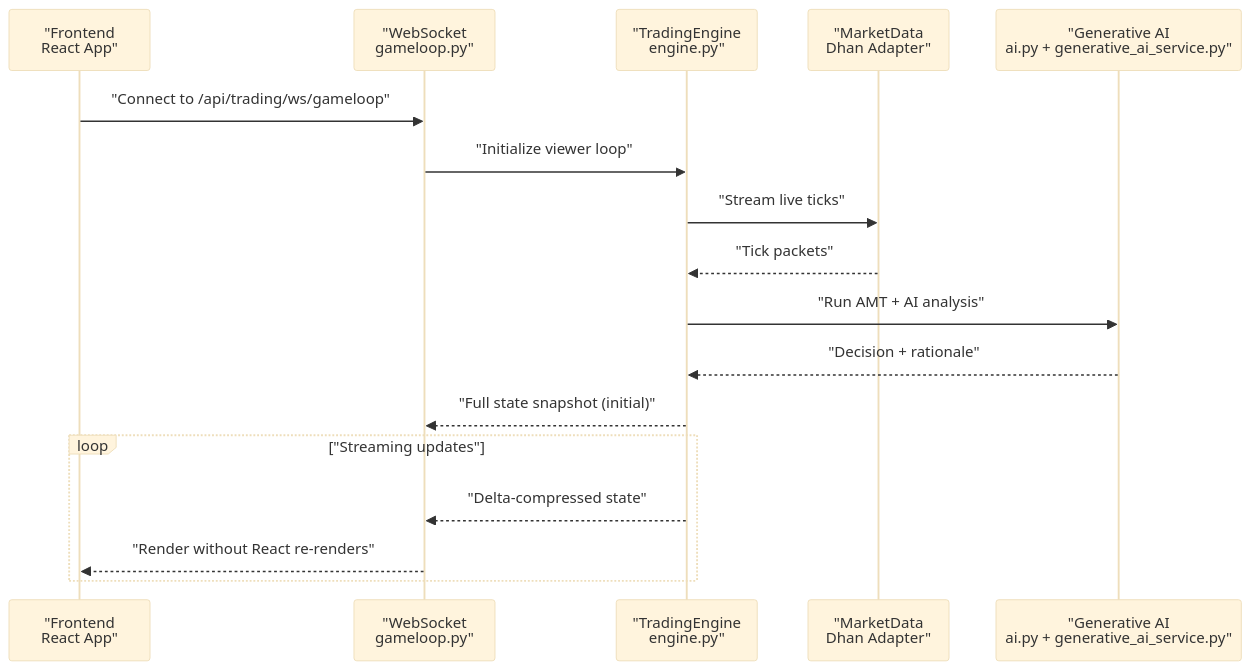
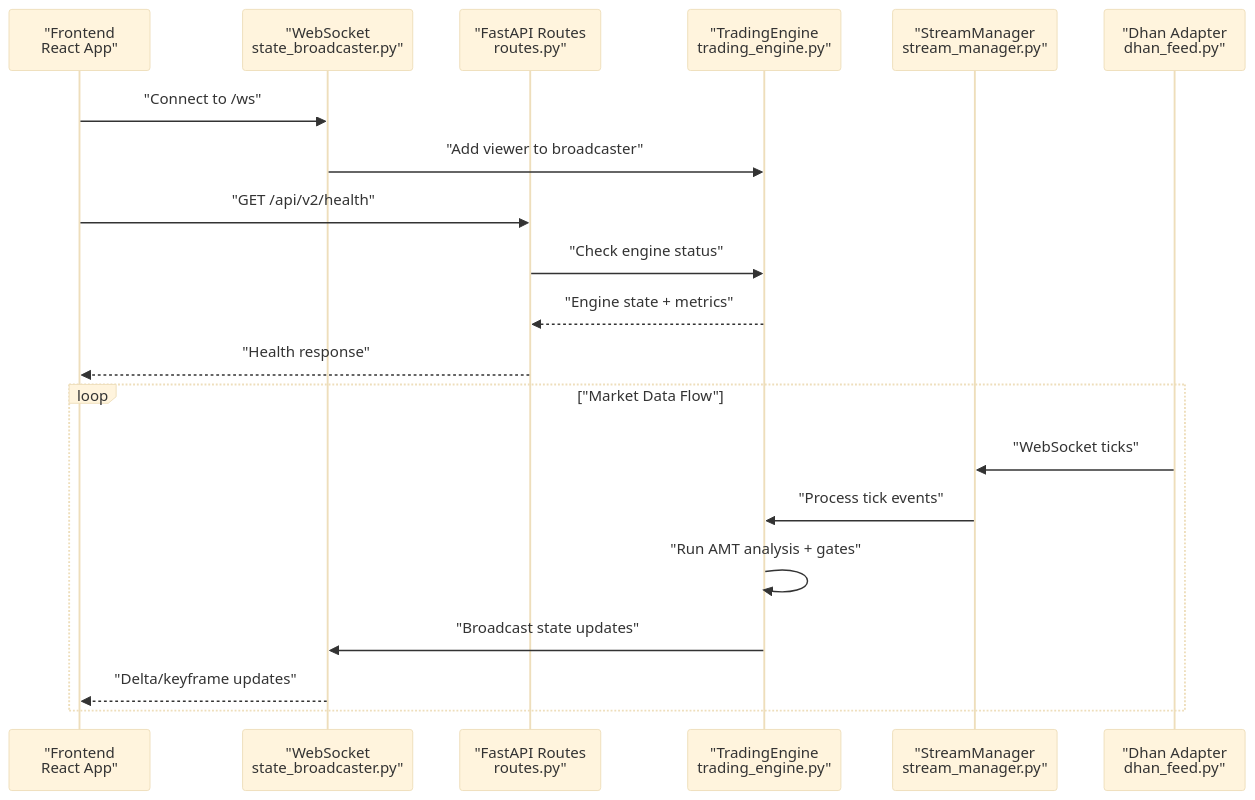
The second of 4 diagrams in .qoder/repowiki/en/content/System Overview/System Overview.md (gemrajkhatry-maker/v5-of-glassytrade-ai), drawn with Mermaid (base theme) before and after one commit. The commit also changed other lines of this file and 930 other files, not shown here.

````diff
--- a/.qoder/repowiki/en/content/System Overview/System Overview.md
+++ b/.qoder/repowiki/en/content/System Overview/System Overview.md
@@ -125,19 +132,22 @@
 ```mermaid
 sequenceDiagram
 participant FE as "Frontend<br/>React App"
-participant WS as "WebSocket<br/>gameloop.py"
-participant ENG as "TradingEngine<br/>engine.py"
-participant MD as "MarketData<br/>Dhan Adapter"
-participant AI as "Generative AI<br/>ai.py + generative_ai_service.py"
-FE->>WS : "Connect to /api/trading/ws/gameloop"
-WS->>ENG : "Initialize viewer loop"
-ENG->>MD : "Stream live ticks"
-MD-->>ENG : "Tick packets"
-ENG->>AI : "Run AMT + AI analysis"
-AI-->>ENG : "Decision + rationale"
-ENG-->>WS : "Full state snapshot (initial)"
-loop "Streaming updates"
-ENG-->>WS : "Delta-compressed state"
-WS-->>FE : "Render without React re-renders"
+participant WS as "WebSocket<br/>state_broadcaster.py"
+participant API as "FastAPI Routes<br/>routes.py"
+participant TE as "TradingEngine<br/>trading_engine.py"
+participant SM as "StreamManager<br/>stream_manager.py"
+participant DA as "Dhan Adapter<br/>dhan_feed.py"
+FE->>WS : "Connect to /ws"
+WS->>TE : "Add viewer to broadcaster"
+FE->>API : "GET /api/v2/health"
+API->>TE : "Check engine status"
+TE-->>API : "Engine state + metrics"
+API-->>FE : "Health response"
+loop "Market Data Flow"
+DA->>SM : "WebSocket ticks"
+SM->>TE : "Process tick events"
+TE->>TE : "Run AMT analysis + gates"
+TE->>WS : "Broadcast state updates"
+WS-->>FE : "Delta/keyframe updates"
 end
 ```
````
